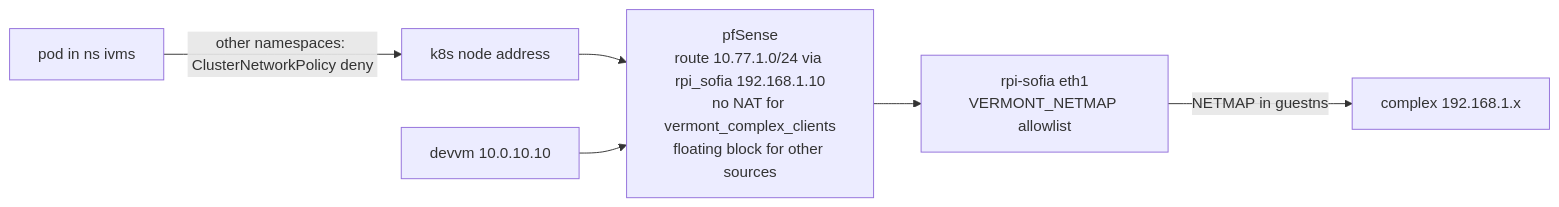
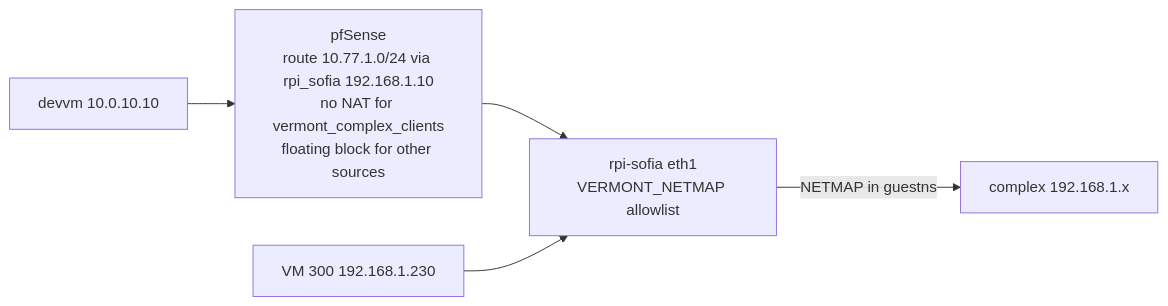
One commit to ViktorBarzin/infra changed the second of 5 diagrams in docs/architecture/networking.md. Above: the diagram before and after it, drawn with Mermaid. The commit also changed other lines of this file and 19 other files, not shown here.

First line of the commit message:
Retire the cluster iVMS and close the cluster's path to the Vermont devices [ci skip]

````diff
--- a/docs/architecture/networking.md
+++ b/docs/architecture/networking.md
@@ -145,8 +145,7 @@
 ```mermaid
 flowchart LR
-  POD["pod in ns ivms"] -->|"other namespaces: ClusterNetworkPolicy deny"| N["k8s node address"]
-  N --> PF["pfSense<br/>route 10.77.1.0/24 via rpi_sofia 192.168.1.10<br/>no NAT for vermont_complex_clients<br/>floating block for other sources"]
-  DV["devvm 10.0.10.10"] --> PF
+  DV["devvm 10.0.10.10"] --> PF["pfSense<br/>route 10.77.1.0/24 via rpi_sofia 192.168.1.10<br/>no NAT for vermont_complex_clients<br/>floating block for other sources"]
   PF --> PI["rpi-sofia eth1<br/>VERMONT_NETMAP allowlist"]
+  VM["VM 300 192.168.1.230"] --> PI
   PI -->|"NETMAP in guestns"| C["complex 192.168.1.x"]
 ```
````
